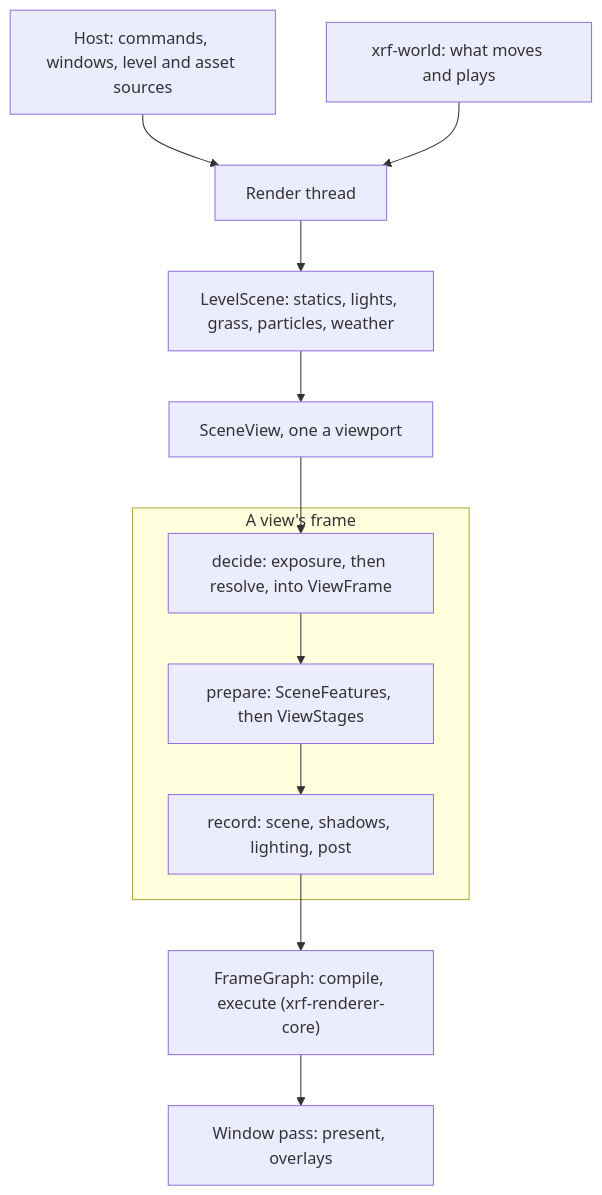
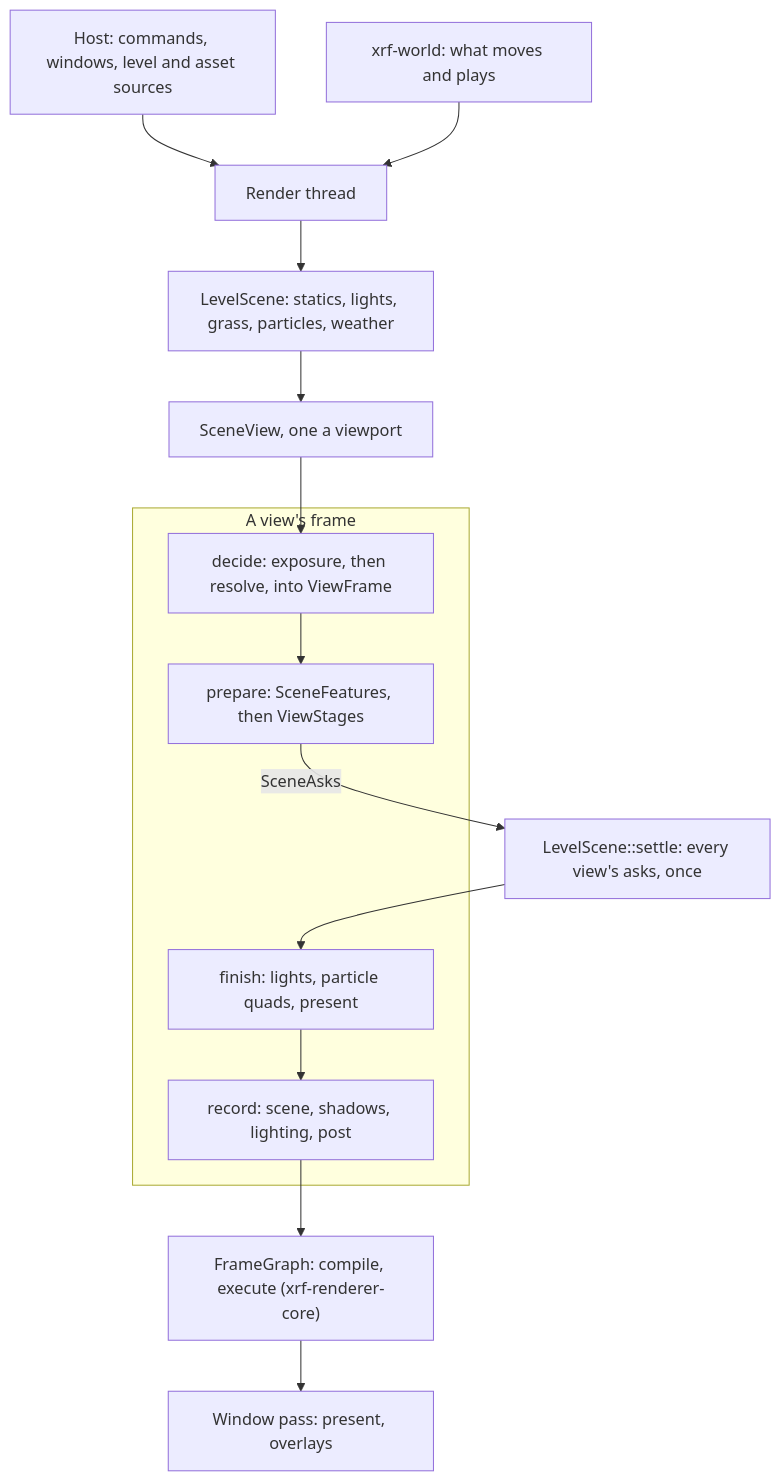
One commit to xray-forge/xrf-tools changed the diagram in crates/xrf-renderer/README.md. Above: the diagram before and after it, drawn with Mermaid. The commit also changed other lines of this file and 24 other files, not shown here.

Commit message:
refactor: Prepare every view of a scene from it unchanged, settle what they asked of its lights and particles once, then finish each view.

````diff
--- a/crates/xrf-renderer/README.md
+++ b/crates/xrf-renderer/README.md
@@ -53,14 +53,16 @@
 ```mermaid
 flowchart TB
   hostNode["Host: commands, windows, level and asset sources"] --> threadNode["Render thread"]
   worldNode["xrf-world: what moves and plays"] --> threadNode
   threadNode --> sceneNode["LevelScene: statics, lights, grass, particles, weather"]
   sceneNode --> viewNode["SceneView, one a viewport"]
   subgraph viewFrame["A view's frame"]
     decideNode["decide: exposure, then resolve, into ViewFrame"] --> prepareNode["prepare: SceneFeatures, then ViewStages"]
-    prepareNode --> recordNode["record: scene, shadows, lighting, post"]
+    finishNode["finish: lights, particle quads, present"] --> recordNode["record: scene, shadows, lighting, post"]
   end
   viewNode --> decideNode
+  prepareNode -- "SceneAsks" --> settleNode["LevelScene::settle: every view's asks, once"]
+  settleNode --> finishNode
   recordNode --> frameGraph["FrameGraph: compile, execute (xrf-renderer-core)"]
   frameGraph --> windowPass["Window pass: present, overlays"]
 ```
````
